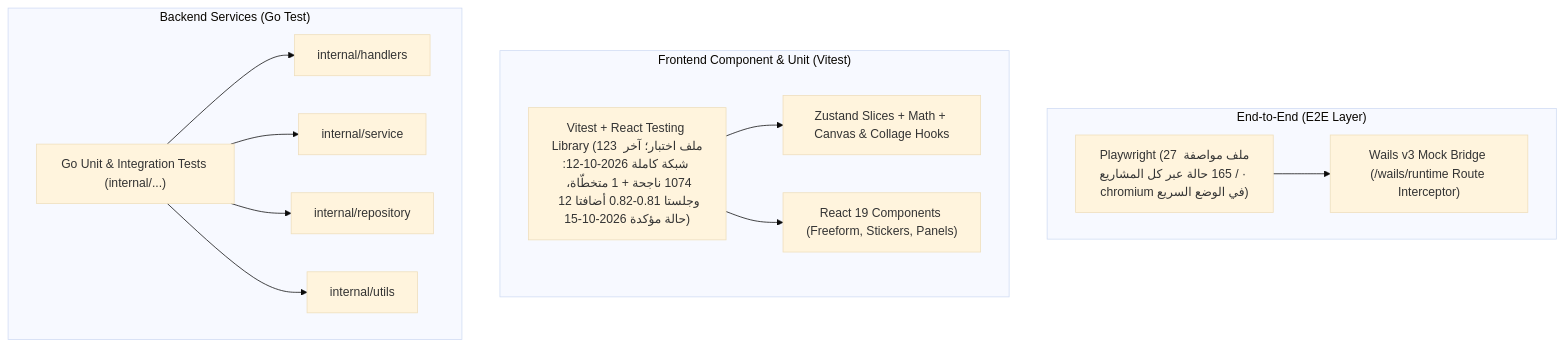
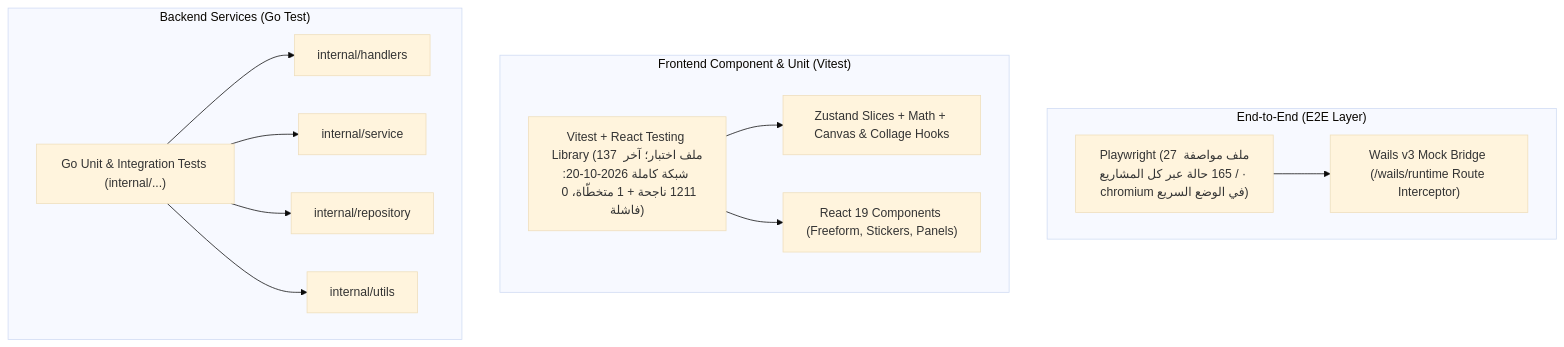
The diagram in docs/testing_guide.md (wisam79/grido), drawn with Mermaid (base theme) before and after one commit. The commit also changed other lines of this file and 58 other files, not shown here.

````diff
--- a/docs/testing_guide.md
+++ b/docs/testing_guide.md
@@ -11,28 +11,28 @@
 ```mermaid
 flowchart TD
     subgraph E2E ["End-to-End (E2E Layer)"]
         PW["Playwright (27 ملف مواصفة / 165 حالة عبر كل المشاريع · chromium في الوضع السريع)"]
         Bridge["Wails v3 Mock Bridge (/wails/runtime Route Interceptor)"]
         PW --> Bridge
     end
 
     subgraph FE ["Frontend Component & Unit (Vitest)"]
-        VTests["Vitest + React Testing Library (123 ملف اختبار؛ آخر شبكة كاملة 2026-10-12: 1074 ناجحة + 1 متخطّاة، وجلستا 0.81-0.82 أضافتا 12 حالة مؤكدة 2026-10-15)"]
+        VTests["Vitest + React Testing Library (137 ملف اختبار؛ آخر شبكة كاملة 2026-10-20: 1211 ناجحة + 1 متخطّاة، 0 فاشلة)"]
         Zustand["Zustand Slices + Math + Canvas & Collage Hooks"]
         Comps["React 19 Components (Freeform, Stickers, Panels)"]
         VTests --> Zustand
         VTests --> Comps
     end
 
     subgraph BE ["Backend Services (Go Test)"]
         GoTests["Go Unit & Integration Tests (internal/...)"]
         Handlers["internal/handlers"]
         Services["internal/service"]
         Repo["internal/repository"]
         Utils["internal/utils"]
         GoTests --> Handlers
         GoTests --> Services
         GoTests --> Repo
         GoTests --> Utils
     end
 ```
````
